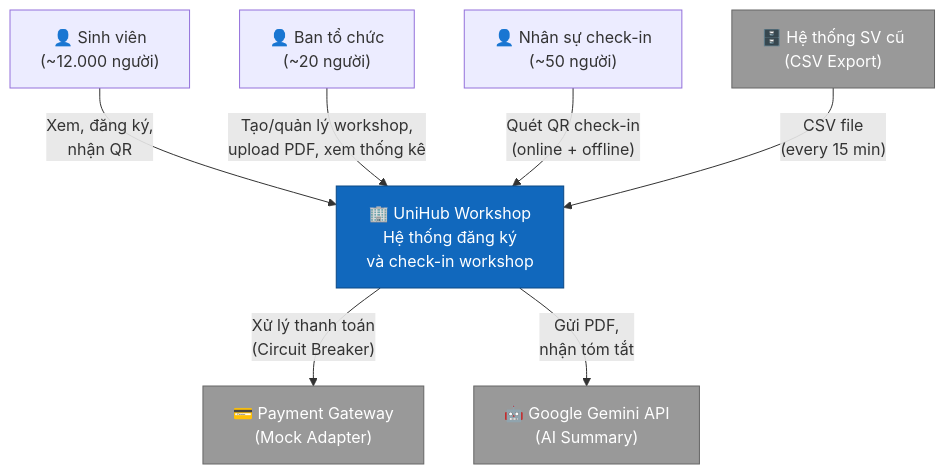
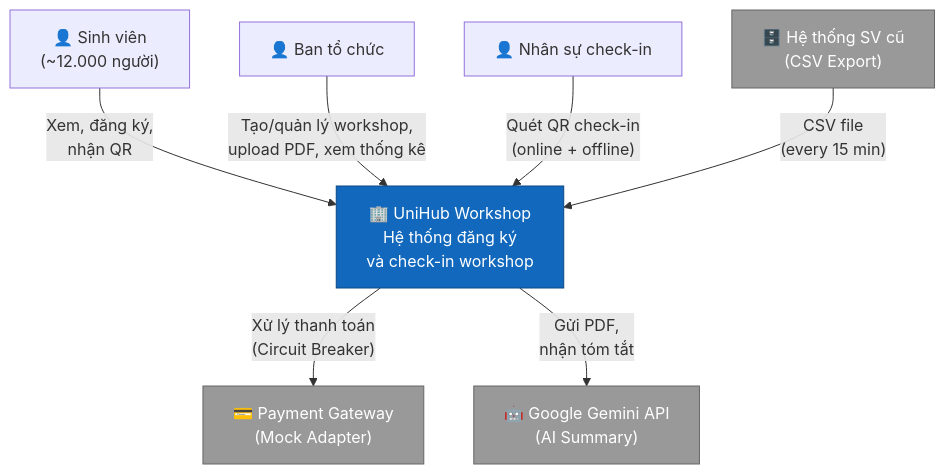
One commit to TMQ2k/UniHub-Workshop changed the first of 6 diagrams in blueprint/design.md. Above: the diagram before and after it, drawn with Mermaid. The commit also changed 3 other files, not shown here.

````diff
--- a/blueprint/design.md
+++ b/blueprint/design.md
@@ -51,25 +51,25 @@
 ```mermaid
 graph TB
     SV["👤 Sinh viên<br/>(~12.000 người)"]
-    BTC["👤 Ban tổ chức<br/>(~20 người)"]
-    STAFF["👤 Nhân sự check-in<br/>(~50 người)"]
+    BTC["👤 Ban tổ chức<br/>"]
+    STAFF["👤 Nhân sự check-in<br/>"]
 
     SYSTEM["🏢 UniHub Workshop<br/>Hệ thống đăng ký<br/>và check-in workshop"]
 
     PAY["💳 Payment Gateway<br/>(Mock Adapter)"]
     AI["🤖 Google Gemini API<br/>(AI Summary)"]
     LEGACY["🗄️ Hệ thống SV cũ<br/>(CSV Export)"]
 
     SV -- "Xem, đăng ký,<br/>nhận QR" --> SYSTEM
     BTC -- "Tạo/quản lý workshop,<br/>upload PDF, xem thống kê" --> SYSTEM
     STAFF -- "Quét QR check-in<br/>(online + offline)" --> SYSTEM
 
     SYSTEM -- "Xử lý thanh toán<br/>(Circuit Breaker)" --> PAY
     SYSTEM -- "Gửi PDF,<br/>nhận tóm tắt" --> AI
     LEGACY -- "CSV file<br/>(every 15 min)" --> SYSTEM
 
     style SYSTEM fill:#1168bd,stroke:#0b4884,color:#fff
     style PAY fill:#999,stroke:#666,color:#fff
     style AI fill:#999,stroke:#666,color:#fff
     style LEGACY fill:#999,stroke:#666,color:#fff
 ```
````
